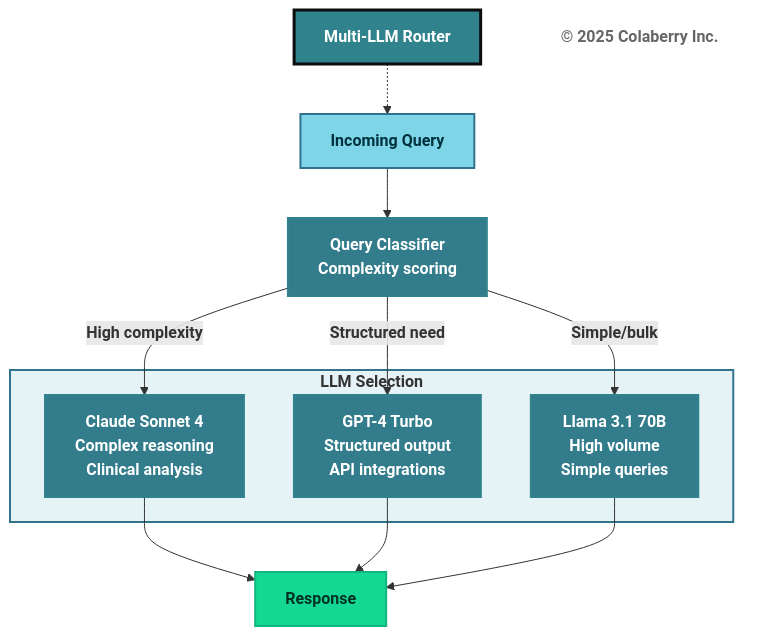
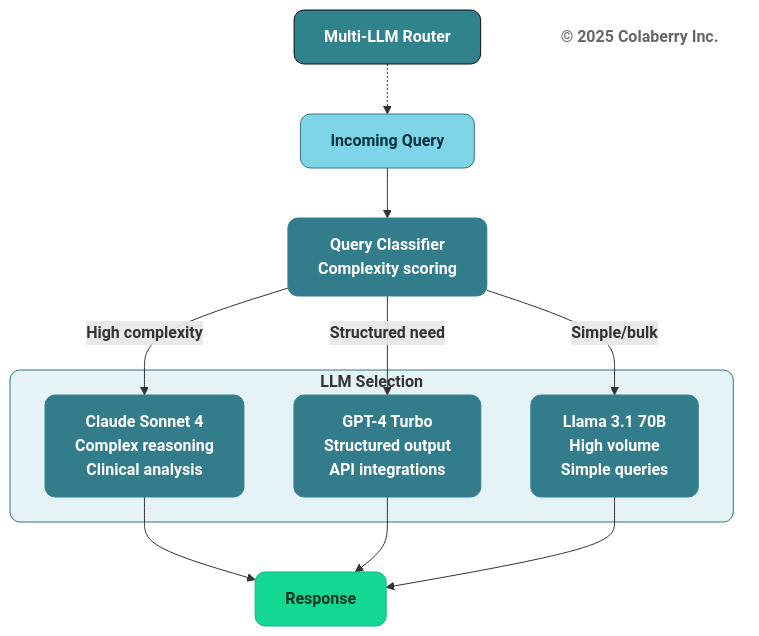
Before and after one commit to colaberry/trust-before-intelligence-book: the ninth of 13 diagrams in manuscript/06_chapter_5_intelligence_layers.md, drawn with Mermaid. The commit also changed other lines of this file and 12 other files, not shown here.

````diff
--- a/manuscript/06_chapter_5_intelligence_layers.md
+++ b/manuscript/06_chapter_5_intelligence_layers.md
@@ -775,37 +775,37 @@
 ```mermaid
 graph TB
     TITLE["<b>Multi-LLM Router</b>"]
     
     Q["<b>Incoming Query</b>"]
     
     CLASS["<b>Query Classifier</b><br/><b>Complexity scoring</b>"]
     
     subgraph routing["<b>LLM Selection</b>"]
         CLAUDE["<b>Claude Sonnet 4</b><br/><b>Complex reasoning</b><br/><b>Clinical analysis</b>"]
         GPT["<b>GPT-4 Turbo</b><br/><b>Structured output</b><br/><b>API integrations</b>"]
         LLAMA["<b>Llama 3.1 70B</b><br/><b>High volume</b><br/><b>Simple queries</b>"]
     end
     
     OUT["<b>Response</b>"]
     
     TITLE -.-> Q
     Q --> CLASS
     CLASS -->|<b>High complexity</b>| CLAUDE
     CLASS -->|<b>Structured need</b>| GPT
     CLASS -->|<b>Simple/bulk</b>| LLAMA
     CLAUDE --> OUT
     GPT --> OUT
     LLAMA --> OUT
     
     Copyright["<b>© 2025 Colaberry Inc.</b>"]
     
-    style TITLE fill:#30838C,color:#ffffff,stroke:#0D0D0D,stroke-width:3px
-    style Q fill:#7FD5E8,stroke:#32738C,stroke-width:2px,color:#00323D
-    style CLASS fill:#327C8C,stroke:#30838C,stroke-width:2px,color:#ffffff
-    style routing fill:#E6F3F6,stroke:#32738C,stroke-width:2px
-    style CLAUDE fill:#327C8C,stroke:#30838C,stroke-width:2px,color:#ffffff
-    style GPT fill:#327C8C,stroke:#30838C,stroke-width:2px,color:#ffffff
-    style LLAMA fill:#327C8C,stroke:#30838C,stroke-width:2px,color:#ffffff
-    style OUT fill:#14D793,color:#003322,stroke:#0FB67D,stroke-width:2px
-    style Copyright fill:#ffffff,stroke:none,color:#666666
+    style TITLE fill:#30838C,color:#ffffff,stroke:#0D0D0D,stroke-width:1px,rx:10,ry:10
+    style Q fill:#7FD5E8,stroke:#32738C,stroke-width:1px,color:#00323D,rx:10,ry:10
+    style CLASS fill:#327C8C,stroke:#30838C,stroke-width:1px,color:#ffffff,rx:10,ry:10
+    style routing fill:#E6F3F6,stroke:#32738C,stroke-width:1px,rx:10,ry:10,rx:10,ry:10
+    style CLAUDE fill:#327C8C,stroke:#30838C,stroke-width:1px,color:#ffffff,rx:10,ry:10
+    style GPT fill:#327C8C,stroke:#30838C,stroke-width:1px,color:#ffffff,rx:10,ry:10
+    style LLAMA fill:#327C8C,stroke:#30838C,stroke-width:1px,color:#ffffff,rx:10,ry:10
+    style OUT fill:#14D793,color:#003322,stroke:#0FB67D,stroke-width:1px,rx:10,ry:10
+    style Copyright fill:none,stroke:none,color:#666666
 ```
````
